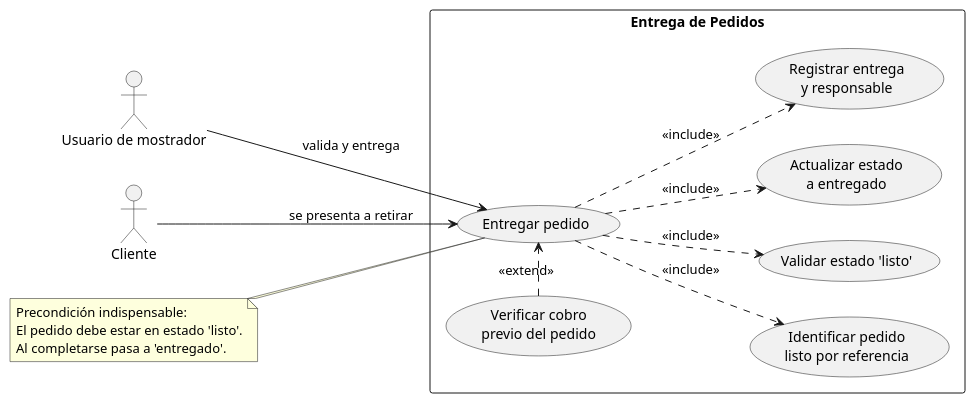
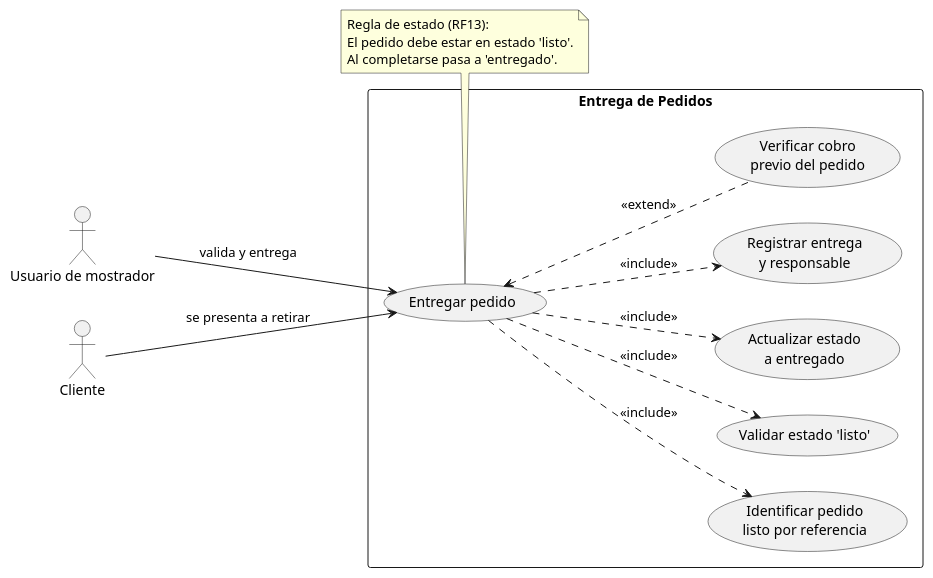
The diagram in diagramas/02-casos-de-uso/02-entregar-pedido.puml (cmariano93-netizen/SistemaPedidos), drawn with PlantUML before and after one commit. The commit also changed 14 other files, not shown here.

First line of the commit message:
fix: alinear reglas de estado en diagramas de casos de uso (RC5)

```diff
--- a/diagramas/02-casos-de-uso/02-entregar-pedido.puml
+++ b/diagramas/02-casos-de-uso/02-entregar-pedido.puml
@@ -1,31 +1,33 @@
 @startuml
 left to right direction
+skinparam packageStyle rectangle
+skinparam shadowing false
 
 actor "Usuario de mostrador" as Mostrador
 actor "Cliente" as Cliente
 
 rectangle "Entrega de Pedidos" {
   usecase "Entregar pedido" as UC_Entrega
   usecase "Identificar pedido\nlisto por referencia" as UC_Identificar
   usecase "Validar estado 'listo'" as UC_ValidarListo
   usecase "Actualizar estado\na entregado" as UC_ActualizarEntregado
   usecase "Registrar entrega\ny responsable" as UC_RegistrarAudit
   usecase "Verificar cobro\nprevio del pedido" as UC_VerificarCobro
 }
 
 Cliente --> UC_Entrega : se presenta a retirar
 Mostrador --> UC_Entrega : valida y entrega
 
-UC_Entrega -d.> UC_Identificar : <<include>>
-UC_Entrega -d.> UC_ValidarListo : <<include>>
-UC_Entrega -d.> UC_ActualizarEntregado : <<include>>
-UC_Entrega -d.> UC_RegistrarAudit : <<include>>
+UC_Entrega ..> UC_Identificar : <<include>>
+UC_Entrega ..> UC_ValidarListo : <<include>>
+UC_Entrega ..> UC_ActualizarEntregado : <<include>>
+UC_Entrega ..> UC_RegistrarAudit : <<include>>
 
-UC_VerificarCobro .> UC_Entrega : <<extend>>
+UC_Entrega <.. UC_VerificarCobro : <<extend>>
 
-note left of UC_Entrega
-  Precondición indispensable:
+note bottom of UC_Entrega
+  Regla de estado (RF13):
   El pedido debe estar en estado 'listo'.
   Al completarse pasa a 'entregado'.
 end note
 @enduml
```
